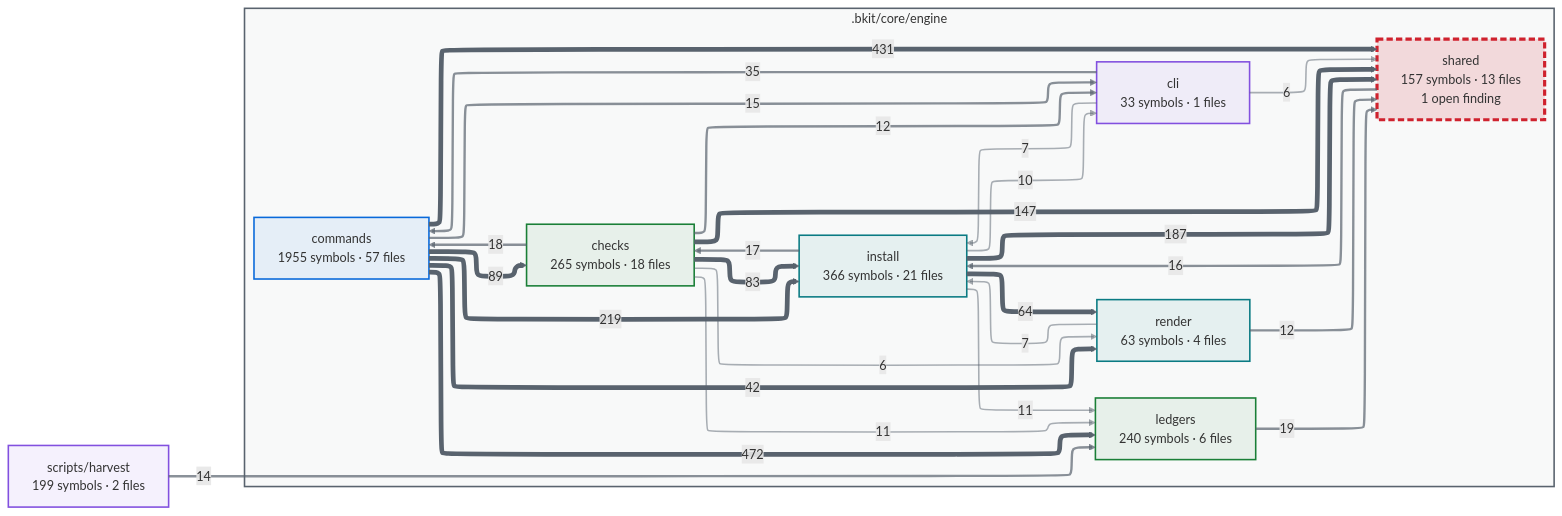
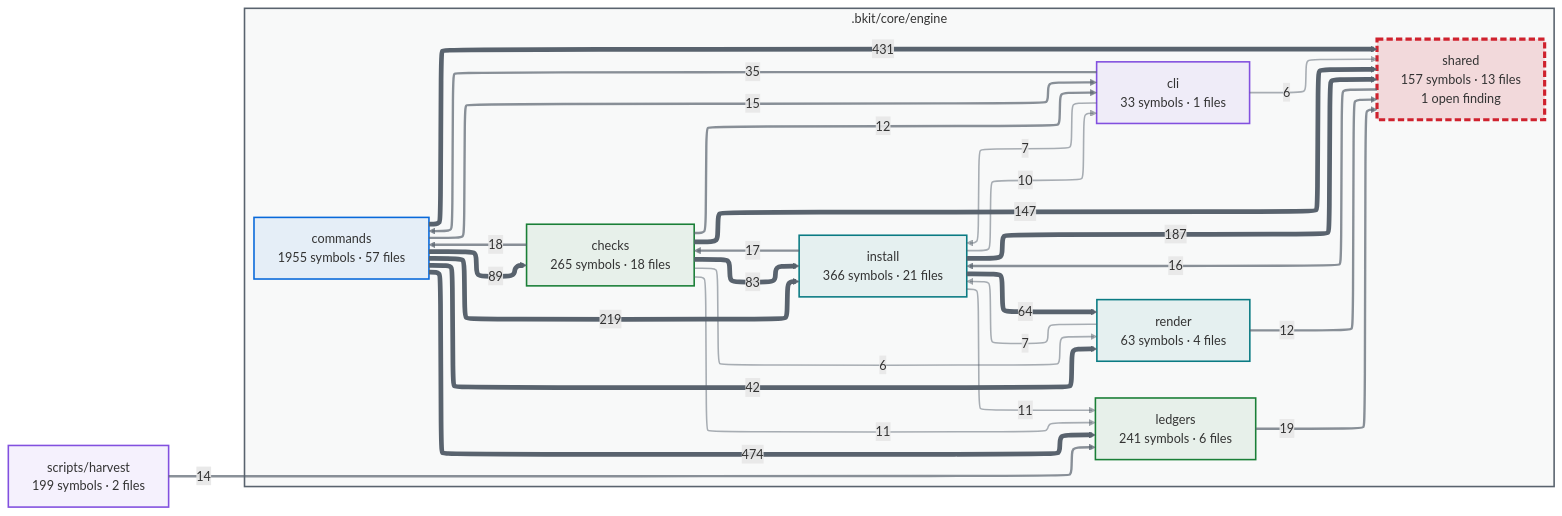
Before and after one commit to cbartens/bkit: the first of 2 diagrams in docs/capabilities.md, drawn with Mermaid. The commit also changed other lines of this file and 74 other files, not shown here.

````diff
--- a/docs/capabilities.md
+++ b/docs/capabilities.md
@@ -116,80 +116,80 @@
 ```mermaid
 ---
 config:
   layout: elk
   themeCSS: "marker { overflow: visible; } marker path { transform: scale(1.8); transform-origin: 5px 5px; }"
   flowchart:
     useMaxWidth: false
 ---
 flowchart LR
   %% Generated by bkit-graphify-rollup.py — do not edit
   subgraph gn_bkit_core_engine[".bkit/core/engine"]
     n_bkit_core_engine_checks["checks<br/>265 symbols · 18 files"]
     n_bkit_core_engine_cli["cli<br/>33 symbols · 1 files"]
     n_bkit_core_engine_commands["commands<br/>1955 symbols · 57 files"]
     n_bkit_core_engine_install["install<br/>366 symbols · 21 files"]
-    n_bkit_core_engine_ledgers["ledgers<br/>240 symbols · 6 files"]
+    n_bkit_core_engine_ledgers["ledgers<br/>241 symbols · 6 files"]
     n_bkit_core_engine_render["render<br/>63 symbols · 4 files"]
     n_bkit_core_engine_shared["shared<br/>157 symbols · 13 files<br/>1 open finding"]
   end
   nscripts_harvest["scripts/harvest<br/>199 symbols · 2 files"]
-  n_bkit_core_engine_commands -->|472| n_bkit_core_engine_ledgers
+  n_bkit_core_engine_commands -->|474| n_bkit_core_engine_ledgers
   n_bkit_core_engine_commands -->|431| n_bkit_core_engine_shared
   n_bkit_core_engine_commands -->|219| n_bkit_core_engine_install
   n_bkit_core_engine_install -->|187| n_bkit_core_engine_shared
   n_bkit_core_engine_checks -->|147| n_bkit_core_engine_shared
   n_bkit_core_engine_commands -->|89| n_bkit_core_engine_checks
   n_bkit_core_engine_checks -->|83| n_bkit_core_engine_install
   n_bkit_core_engine_install -->|64| n_bkit_core_engine_render
   n_bkit_core_engine_commands -->|42| n_bkit_core_engine_render
   n_bkit_core_engine_cli -->|35| n_bkit_core_engine_commands
   n_bkit_core_engine_ledgers -->|19| n_bkit_core_engine_shared
   n_bkit_core_engine_checks -->|18| n_bkit_core_engine_commands
   n_bkit_core_engine_install -->|17| n_bkit_core_engine_checks
   n_bkit_core_engine_shared -->|16| n_bkit_core_engine_install
   n_bkit_core_engine_commands -->|15| n_bkit_core_engine_cli
   nscripts_harvest -->|14| n_bkit_core_engine_ledgers
   n_bkit_core_engine_checks -->|12| n_bkit_core_engine_cli
   n_bkit_core_engine_render -->|12| n_bkit_core_engine_shared
   n_bkit_core_engine_checks -->|11| n_bkit_core_engine_ledgers
   n_bkit_core_engine_install -->|11| n_bkit_core_engine_ledgers
   n_bkit_core_engine_install -->|10| n_bkit_core_engine_cli
   n_bkit_core_engine_cli -->|7| n_bkit_core_engine_install
   n_bkit_core_engine_render -->|7| n_bkit_core_engine_install
   n_bkit_core_engine_checks -->|6| n_bkit_core_engine_render
   n_bkit_core_engine_cli -->|6| n_bkit_core_engine_shared
   style gn_bkit_core_engine fill:#59636e0a,stroke:#59636e,stroke-width:2px
   style n_bkit_core_engine_checks stroke:#1a7f37,stroke-width:2px,fill:#1a7f3714
   style n_bkit_core_engine_cli stroke:#8250df,stroke-width:2px,fill:#8250df14
   style n_bkit_core_engine_commands stroke:#0969da,stroke-width:2px,fill:#0969da14
   style n_bkit_core_engine_install stroke:#0a7b83,stroke-width:2px,fill:#0a7b8314
   style n_bkit_core_engine_ledgers stroke:#1a7f37,stroke-width:2px,fill:#1a7f3714
   style n_bkit_core_engine_render stroke:#0a7b83,stroke-width:2px,fill:#0a7b8314
   style n_bkit_core_engine_shared stroke:#cf222e,stroke-width:4px,stroke-dasharray:8 4,fill:#cf222e26
   style nscripts_harvest stroke:#8250df,stroke-width:2px,fill:#8250df14
   linkStyle 0 stroke:#59636e,stroke-width:6px
   linkStyle 1 stroke:#59636e,stroke-width:6px
   linkStyle 2 stroke:#59636e,stroke-width:6px
   linkStyle 3 stroke:#59636e,stroke-width:6px
   linkStyle 4 stroke:#59636e,stroke-width:6px
   linkStyle 5 stroke:#59636e,stroke-width:6px
   linkStyle 6 stroke:#59636e,stroke-width:6px
   linkStyle 7 stroke:#59636e,stroke-width:6px
   linkStyle 8 stroke:#59636e,stroke-width:6px
   linkStyle 9 stroke:#59636eb3,stroke-width:3px
   linkStyle 10 stroke:#59636eb3,stroke-width:3px
   linkStyle 11 stroke:#59636eb3,stroke-width:3px
   linkStyle 12 stroke:#59636eb3,stroke-width:3px
   linkStyle 13 stroke:#59636eb3,stroke-width:3px
   linkStyle 14 stroke:#59636eb3,stroke-width:3px
   linkStyle 15 stroke:#59636eb3,stroke-width:3px
   linkStyle 16 stroke:#59636eb3,stroke-width:3px
   linkStyle 17 stroke:#59636eb3,stroke-width:3px
   linkStyle 18 stroke:#59636e80,stroke-width:2px
   linkStyle 19 stroke:#59636e80,stroke-width:2px
   linkStyle 20 stroke:#59636e80,stroke-width:2px
   linkStyle 21 stroke:#59636e80,stroke-width:2px
   linkStyle 22 stroke:#59636e80,stroke-width:2px
   linkStyle 23 stroke:#59636e80,stroke-width:2px
   linkStyle 24 stroke:#59636e80,stroke-width:2px
 ```
````
